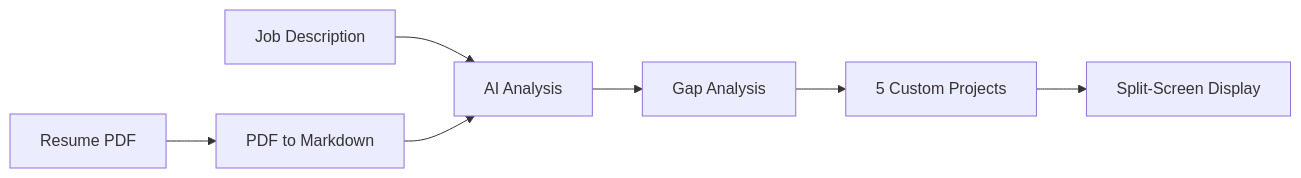
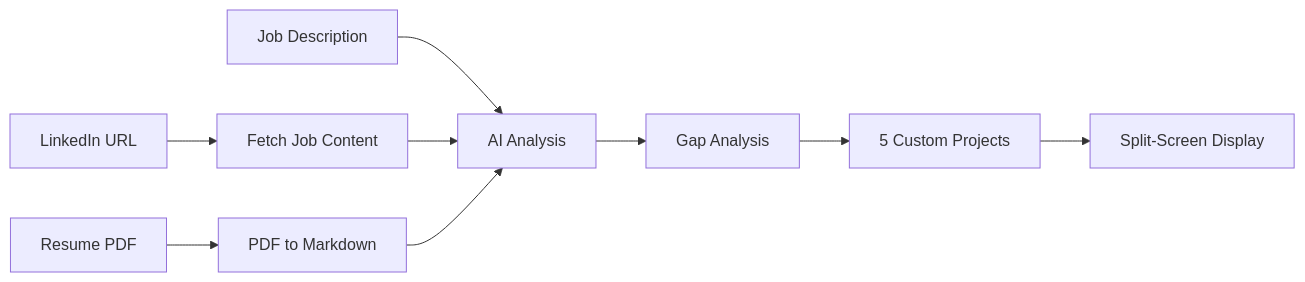
The diagram in README.md (SagarMeisheri/handson.ai), drawn with Mermaid before and after one commit. The commit also changed other lines of this file and 1 other file, not shown here.

Commit message:
update readme with url feature

````diff
--- a/README.md
+++ b/README.md
@@ -124,9 +139,11 @@
 ```mermaid
 flowchart LR
     Resume[Resume PDF] --> Extract[PDF to Markdown]
+    URL[LinkedIn URL] --> Fetch[Fetch Job Content]
     JobDesc[Job Description] --> LLM[AI Analysis]
+    Fetch --> LLM
     Extract --> LLM
     LLM --> Gap[Gap Analysis]
     Gap --> Projects[5 Custom Projects]
     Projects --> Display[Split-Screen Display]
 ```
````
